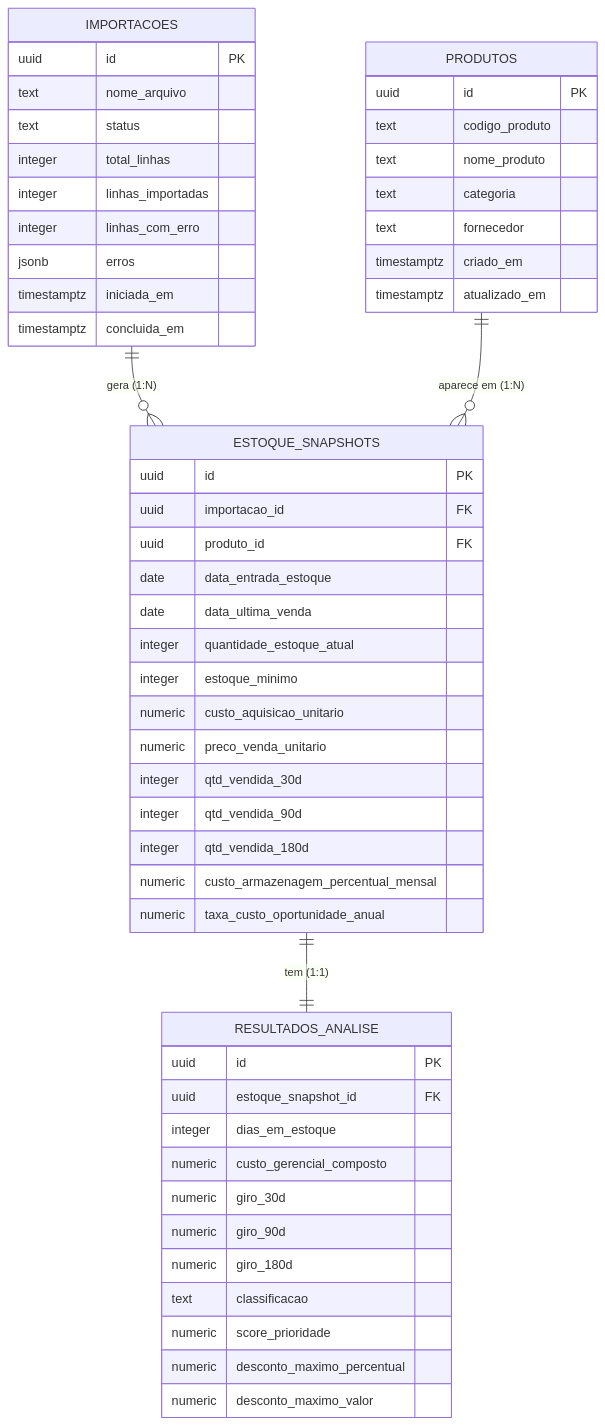
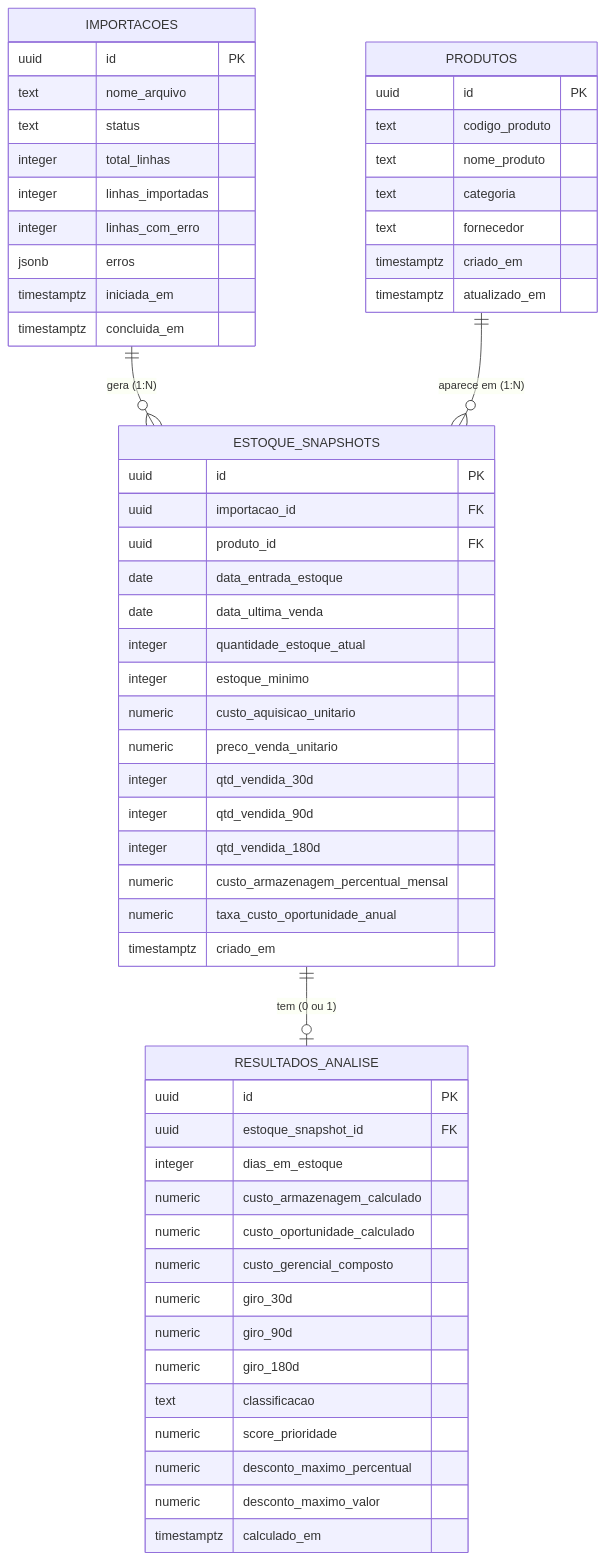
Before and after one commit to weillerjulia/StockWise: the diagram in docs/DOCUMENTACAO-TECNICA.md, drawn with Mermaid. The commit also changed other lines of this file and 10 other files, not shown here.

````diff
--- a/docs/DOCUMENTACAO-TECNICA.md
+++ b/docs/DOCUMENTACAO-TECNICA.md
@@ -278,59 +296,63 @@
 ```mermaid
 erDiagram
     PRODUTOS {
         uuid id PK
         text codigo_produto
         text nome_produto
         text categoria
         text fornecedor
         timestamptz criado_em
         timestamptz atualizado_em
     }
 
     IMPORTACOES {
         uuid id PK
         text nome_arquivo
         text status
         integer total_linhas
         integer linhas_importadas
         integer linhas_com_erro
         jsonb erros
         timestamptz iniciada_em
         timestamptz concluida_em
     }
 
     ESTOQUE_SNAPSHOTS {
         uuid id PK
         uuid importacao_id FK
         uuid produto_id FK
         date data_entrada_estoque
         date data_ultima_venda
         integer quantidade_estoque_atual
         integer estoque_minimo
         numeric custo_aquisicao_unitario
         numeric preco_venda_unitario
         integer qtd_vendida_30d
         integer qtd_vendida_90d
         integer qtd_vendida_180d
         numeric custo_armazenagem_percentual_mensal
         numeric taxa_custo_oportunidade_anual
+        timestamptz criado_em
     }
 
     RESULTADOS_ANALISE {
         uuid id PK
         uuid estoque_snapshot_id FK
         integer dias_em_estoque
+        numeric custo_armazenagem_calculado
+        numeric custo_oportunidade_calculado
         numeric custo_gerencial_composto
         numeric giro_30d
         numeric giro_90d
         numeric giro_180d
         text classificacao
         numeric score_prioridade
         numeric desconto_maximo_percentual
         numeric desconto_maximo_valor
+        timestamptz calculado_em
     }
 
     IMPORTACOES ||--o{ ESTOQUE_SNAPSHOTS : "gera (1:N)"
     PRODUTOS ||--o{ ESTOQUE_SNAPSHOTS : "aparece em (1:N)"
-    ESTOQUE_SNAPSHOTS ||--|| RESULTADOS_ANALISE : "tem (1:1)"
+    ESTOQUE_SNAPSHOTS ||--o| RESULTADOS_ANALISE : "tem (0 ou 1)"
 ```
````
